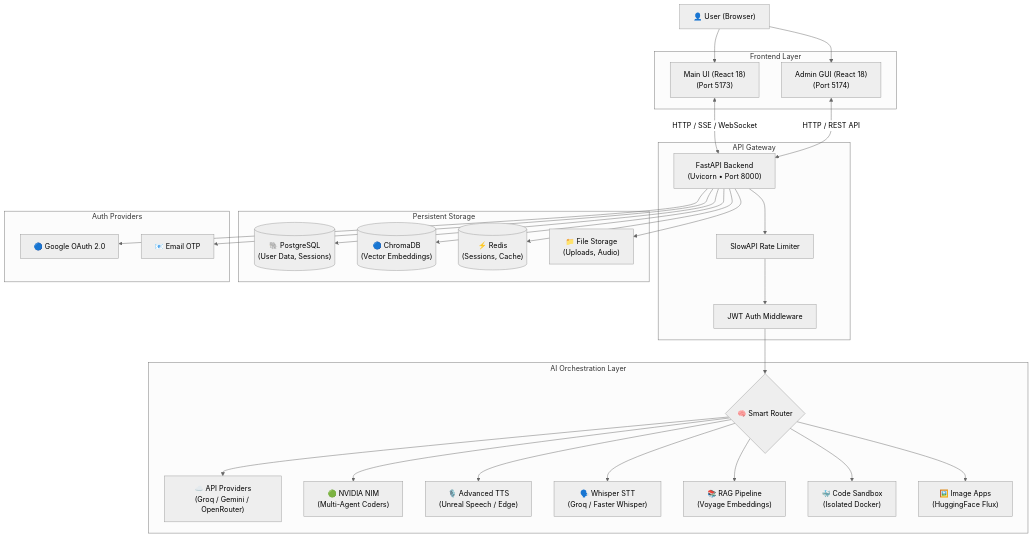
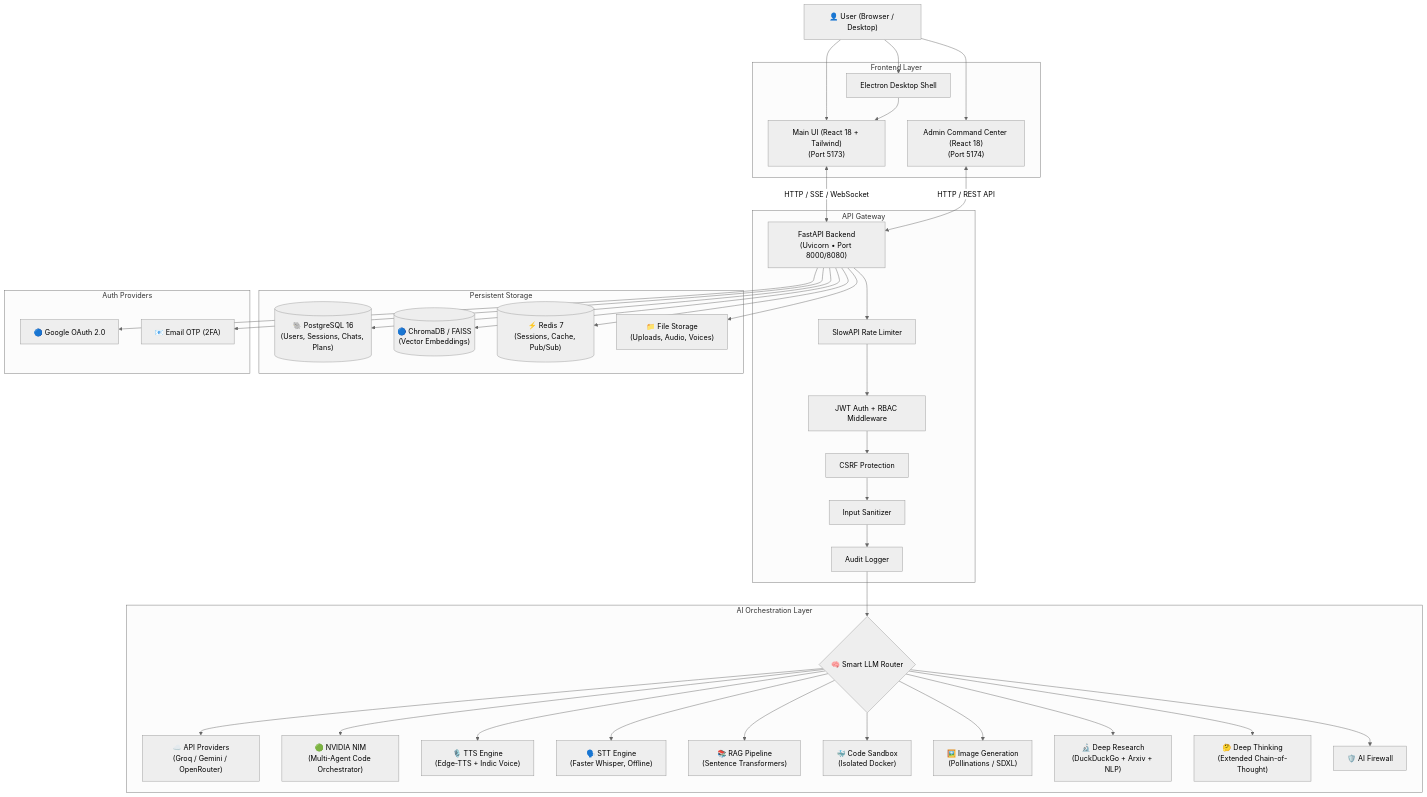
One commit to gugulothubhavith/Chatbot-InfiChat changed the diagram in README.md. Above: the diagram before and after it, drawn with Mermaid (neutral theme). The commit also changed other lines of this file and 1 other file, not shown here.

````diff
--- a/README.md
+++ b/README.md
@@ -223,58 +333,70 @@
 ```mermaid
 graph TD
-    User["👤 User (Browser)"]
+    User["👤 User (Browser / Desktop)"]
 
     subgraph "Frontend Layer"
-        UI["Main UI (React 18)\n(Port 5173)"]
-        AdminUI["Admin GUI (React 18)\n(Port 5174)"]
+        UI["Main UI (React 18 + Tailwind)\n(Port 5173)"]
+        AdminUI["Admin Command Center (React 18)\n(Port 5174)"]
+        Desktop["Electron Desktop Shell"]
     end
 
     subgraph "API Gateway"
-        API["FastAPI Backend\n(Uvicorn • Port 8000)"]
+        API["FastAPI Backend\n(Uvicorn • Port 8000/8080)"]
         RL["SlowAPI Rate Limiter"]
-        JWT["JWT Auth Middleware"]
+        JWT["JWT Auth + RBAC Middleware"]
+        CSRF["CSRF Protection"]
+        Sanitizer["Input Sanitizer"]
+        AuditLog["Audit Logger"]
     end
 
     subgraph "AI Orchestration Layer"
-        Router{"🧠 Smart Router"}
+        Router{"🧠 Smart LLM Router"}
         LLM["☁️ API Providers\n(Groq / Gemini / OpenRouter)"]
-        NVIDIA["🟢 NVIDIA NIM\n(Multi-Agent Coders)"]
-        TTS["🎙️ Advanced TTS\n(Unreal Speech / Edge)"]
-        STT["🗣️ Whisper STT\n(Groq / Faster Whisper)"]
-        RAG["📚 RAG Pipeline\n(Voyage Embeddings)"]
+        NVIDIA["🟢 NVIDIA NIM\n(Multi-Agent Code Orchestrator)"]
+        TTS["🎙️ TTS Engine\n(Edge-TTS + Indic Voice)"]
+        STT["🗣️ STT Engine\n(Faster Whisper, Offline)"]
+        RAG["📚 RAG Pipeline\n(Sentence Transformers)"]
         Sandbox["🐳 Code Sandbox\n(Isolated Docker)"]
-        ImgGen["🖼️ Image Apps\n(HuggingFace Flux)"]
+        ImgGen["🖼️ Image Generation\n(Pollinations / SDXL)"]
+        Research["🔬 Deep Research\n(DuckDuckGo + Arxiv + NLP)"]
+        Thinking["🤔 Deep Thinking\n(Extended Chain-of-Thought)"]
+        Firewall["🛡️ AI Firewall"]
     end
 
     subgraph "Persistent Storage"
-        PG[("🐘 PostgreSQL\n(User Data, Sessions)")]
-        VDB[("🔵 ChromaDB\n(Vector Embeddings)")]
-        Cache[("⚡ Redis\n(Sessions, Cache)")]
-        Files["📁 File Storage\n(Uploads, Audio)"]
+        PG[("🐘 PostgreSQL 16\n(Users, Sessions, Chats, Plans)")]
+        VDB[("🔵 ChromaDB / FAISS\n(Vector Embeddings)")]
+        Cache[("⚡ Redis 7\n(Sessions, Cache, Pub/Sub)")]
+        Files["📁 File Storage\n(Uploads, Audio, Voices)"]
     end
 
     subgraph "Auth Providers"
         Google["🔵 Google OAuth 2.0"]
-        OTP["📧 Email OTP"]
+        OTP["📧 Email OTP (2FA)"]
     end
 
     User --> UI
     User --> AdminUI
+    User --> Desktop
+    Desktop --> UI
     UI <-->|"HTTP / SSE / WebSocket"| API
     AdminUI <-->|"HTTP / REST API"| API
-    API --> RL --> JWT
-    JWT --> Router
+    API --> RL --> JWT --> CSRF --> Sanitizer
+    Sanitizer --> AuditLog --> Router
     Router --> LLM
     Router --> NVIDIA
     Router --> TTS
     Router --> STT
     Router --> RAG
     Router --> Sandbox
     Router --> ImgGen
+    Router --> Research
+    Router --> Thinking
+    Router --> Firewall
     API --> PG
     API --> VDB
     API --> Cache
     API --> Files
     API --> Google
     API --> OTP
 ```
````
